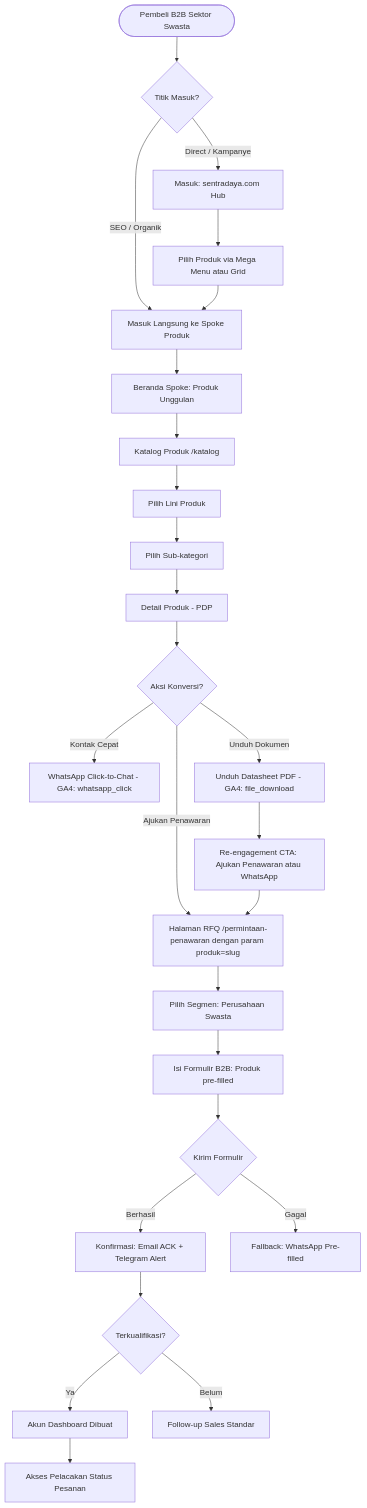
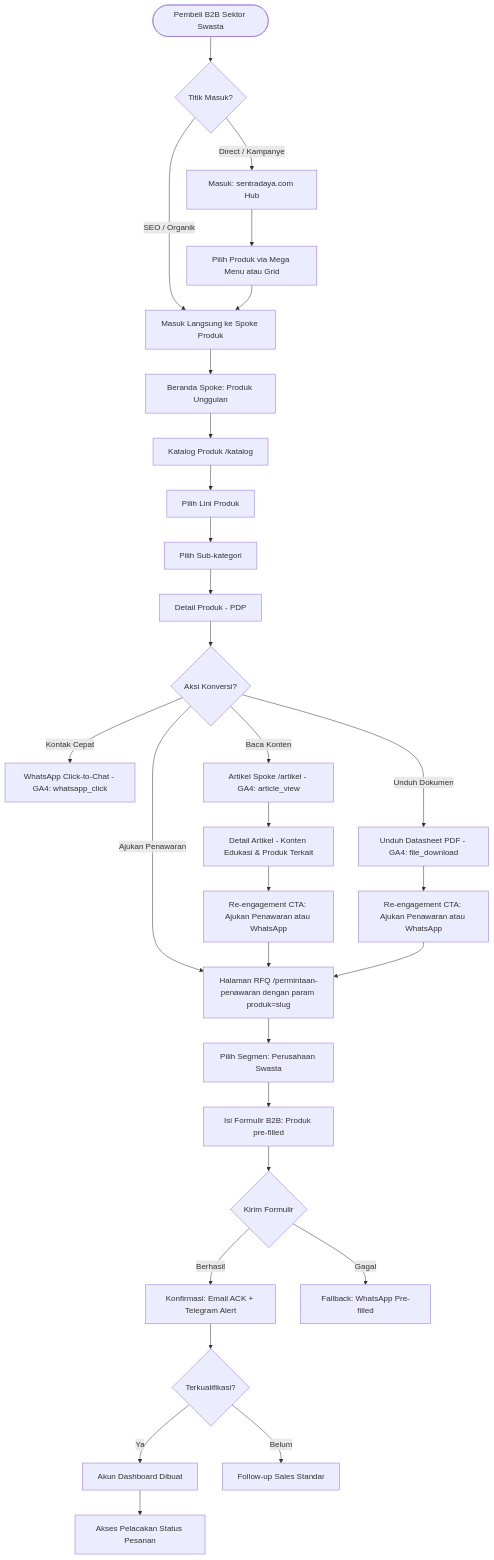
One commit to pampam666/awesome-website-test changed the second of 3 diagrams in .taskmaster/docs/information-architecture/ia-user-flows.md. Above: the diagram before and after it, drawn with Mermaid. The commit also changed other lines of this file and 3 other files, not shown here.

Commit message:
docs: add architectural strategy, navigation systems, and user flow documentation for DBSN digital ecosystem

````diff
--- a/.taskmaster/docs/information-architecture/ia-user-flows.md
+++ b/.taskmaster/docs/information-architecture/ia-user-flows.md
@@ -82,39 +82,44 @@
 ```mermaid
 flowchart TD
     START(["Pembeli B2B Sektor Swasta"])
     START --> ENTRY{"Titik Masuk?"}
 
     ENTRY -->|"SEO / Organik"| SPOKE["Masuk Langsung ke Spoke Produk"]
     ENTRY -->|"Direct / Kampanye"| HUB["Masuk: sentradaya.com Hub"]
 
     HUB --> HUBCTA["Pilih Produk via Mega Menu atau Grid"]
     HUBCTA --> SPOKE
 
     SPOKE --> SPHOME["Beranda Spoke: Produk Unggulan"]
     SPHOME --> CATALOG["Katalog Produk /katalog"]
     CATALOG --> LINE["Pilih Lini Produk"]
     LINE --> SUBCAT["Pilih Sub-kategori"]
     SUBCAT --> PDP["Detail Produk - PDP"]
 
     PDP --> ACTION{"Aksi Konversi?"}
 
     ACTION -->|"Ajukan Penawaran"| RFQPAGE["Halaman RFQ /permintaan-penawaran dengan param produk=slug"]
     ACTION -->|"Kontak Cepat"| WHATSAPP["WhatsApp Click-to-Chat - GA4: whatsapp_click"]
     ACTION -->|"Unduh Dokumen"| DOWNLOAD["Unduh Datasheet PDF - GA4: file_download"]
+    ACTION -->|"Baca Konten"| ARTIKEL["Artikel Spoke /artikel - GA4: article_view"]
+
+    ARTIKEL --> ARTDET["Detail Artikel - Konten Edukasi & Produk Terkait"]
+    ARTDET --> REENGAGE2["Re-engagement CTA: Ajukan Penawaran atau WhatsApp"]
+    REENGAGE2 --> RFQPAGE
 
     DOWNLOAD --> REENGAGE["Re-engagement CTA: Ajukan Penawaran atau WhatsApp"]
     REENGAGE --> RFQPAGE
 
     RFQPAGE --> SEGMENT["Pilih Segmen: Perusahaan Swasta"]
     SEGMENT --> B2BFORM["Isi Formulir B2B: Produk pre-filled"]
     B2BFORM --> SUBMIT{"Kirim Formulir"}
 
     SUBMIT -->|"Berhasil"| CONFIRM["Konfirmasi: Email ACK + Telegram Alert"]
     SUBMIT -->|"Gagal"| FALLBACK["Fallback: WhatsApp Pre-filled"]
 
     CONFIRM --> QUALIFY{"Terkualifikasi?"}
     QUALIFY -->|"Ya"| PROVISION["Akun Dashboard Dibuat"]
     QUALIFY -->|"Belum"| FOLLOWUP["Follow-up Sales Standar"]
 
     PROVISION --> TRACKING["Akses Pelacakan Status Pesanan"]
 ```
````
